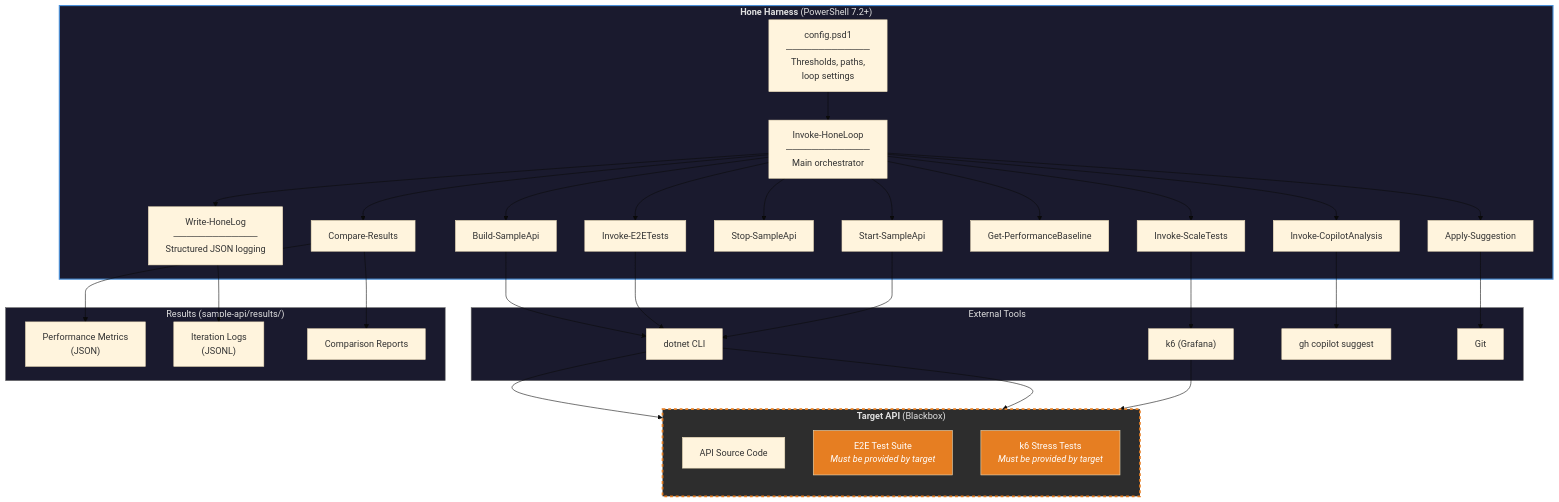
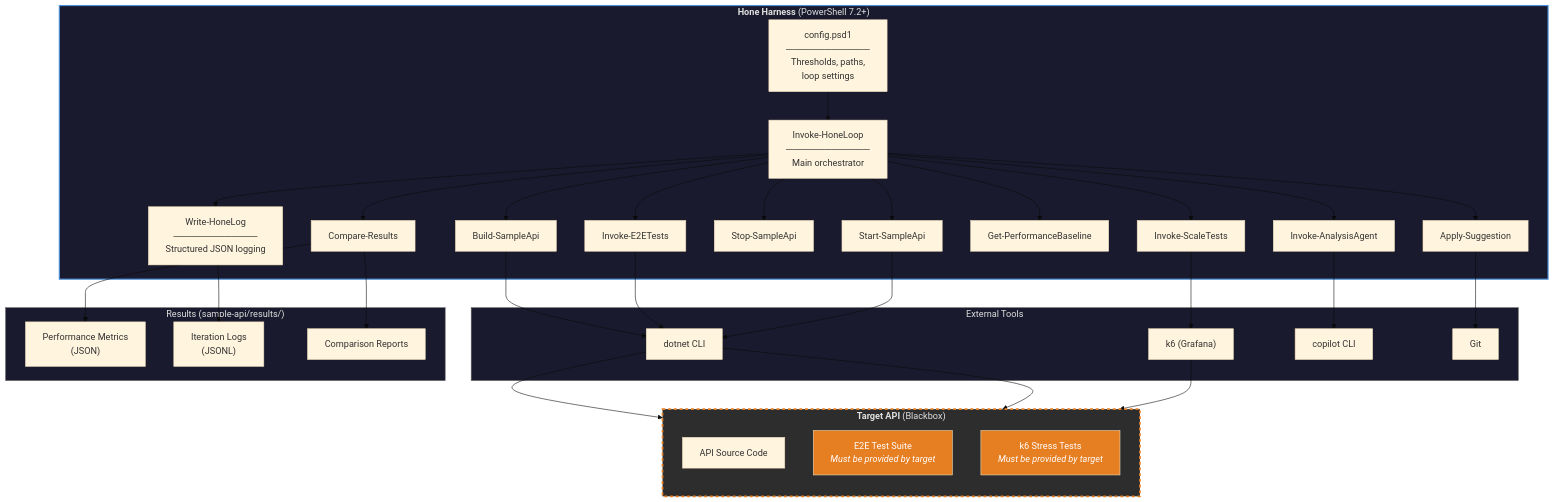
Before and after one commit to J-Bax/Hone: the second of 6 diagrams in README.md, drawn with Mermaid (base theme). The commit also changed other lines of this file and 1 other file, not shown here.

First line of the commit message:
docs: sync architecture.md and README.md with actual codebase

````diff
--- a/README.md
+++ b/README.md
@@ -28,72 +28,72 @@
 ```mermaid
 graph TB
     subgraph HARNESS["<b>Hone Harness</b> (PowerShell 7.2+)"]
         CONFIG["config.psd1<br/>─────────────<br/>Thresholds, paths,<br/>loop settings"]
         LOOP["Invoke-HoneLoop<br/>─────────────<br/>Main orchestrator"]
         LOG["Write-HoneLog<br/>─────────────<br/>Structured JSON logging"]
 
         BUILD_S["Build-SampleApi"]
         VERIFY_S["Invoke-E2ETests"]
         START["Start-SampleApi"]
         STOP["Stop-SampleApi"]
         SCALE["Invoke-ScaleTests"]
         BASELINE["Get-PerformanceBaseline"]
         COMPARE["Compare-Results"]
-        COPILOT_S["Invoke-CopilotAnalysis"]
+        COPILOT_S["Invoke-AnalysisAgent"]
         APPLY["Apply-Suggestion"]
 
         CONFIG --> LOOP
         LOOP --> BUILD_S
         LOOP --> VERIFY_S
         LOOP --> START
         LOOP --> STOP
         LOOP --> SCALE
         LOOP --> BASELINE
         LOOP --> COMPARE
         LOOP --> COPILOT_S
         LOOP --> APPLY
         LOOP --> LOG
     end
 
     subgraph EXTERNAL["External Tools"]
         DOTNET["dotnet CLI"]
         K6["k6 (Grafana)"]
-        GH["gh copilot suggest"]
+        GH["copilot CLI"]
         GIT["Git"]
     end
 
     subgraph TARGET["<b>Target API</b> (Blackbox)"]
         direction TB
         API_SRC["API Source Code"]
         E2E_TESTS["E2E Test Suite<br/><i>Must be provided by target</i>"]
         SCALE_TESTS["k6 Stress Tests<br/><i>Must be provided by target</i>"]
     end
 
     subgraph OUTPUT["Results (sample-api/results/)"]
         METRICS["Performance Metrics<br/>(JSON)"]
         LOGS["Iteration Logs<br/>(JSONL)"]
         REPORTS["Comparison Reports"]
     end
 
     BUILD_S --> DOTNET
     VERIFY_S --> DOTNET
     START --> DOTNET
     SCALE --> K6
     COPILOT_S --> GH
     APPLY --> GIT
 
     DOTNET --> API_SRC
     DOTNET --> E2E_TESTS
     K6 --> SCALE_TESTS
 
     COMPARE --> METRICS
     LOG --> LOGS
     COMPARE --> REPORTS
 
     style HARNESS fill:#1a1a2e,color:#e0e0e0,stroke:#4a90d9,stroke-width:2px
     style TARGET fill:#2d2d2d,color:#e0e0e0,stroke:#e67e22,stroke-width:3px,stroke-dasharray: 5 5
     style EXTERNAL fill:#1a1a2e,color:#e0e0e0,stroke:#666,stroke-width:1px
     style OUTPUT fill:#1a1a2e,color:#e0e0e0,stroke:#666,stroke-width:1px
     style E2E_TESTS fill:#e67e22,color:#fff
     style SCALE_TESTS fill:#e67e22,color:#fff
 ```
````
